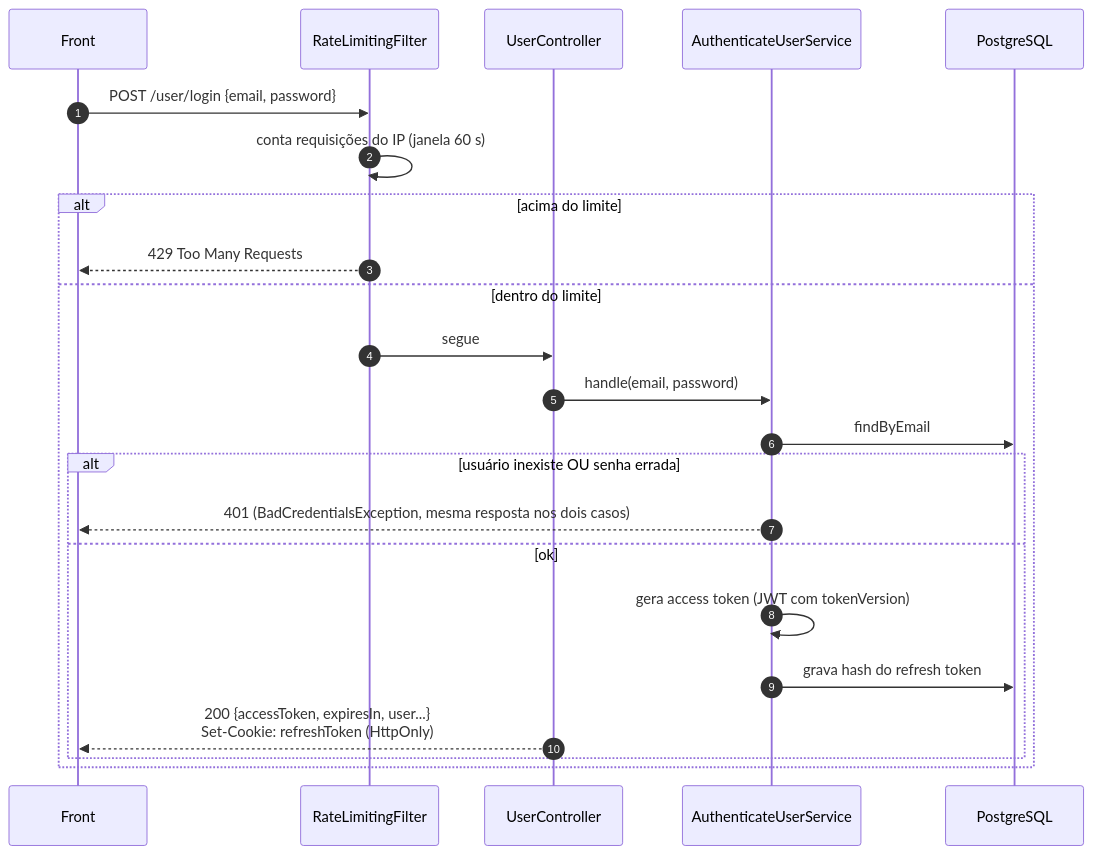
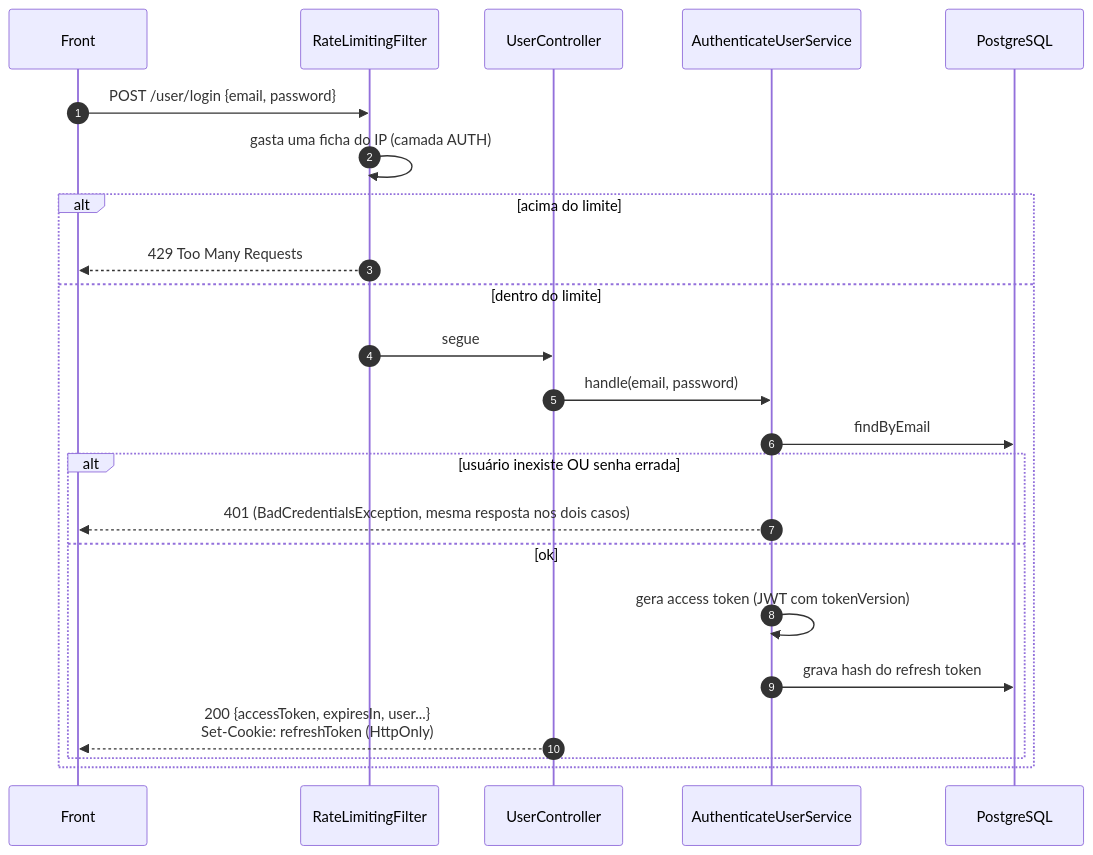
The first of 6 diagrams in docs/tecnico/autenticacao.md (projeto-resgate/projetoresgate-api), drawn with Mermaid before and after one commit. The commit also changed other lines of this file, not shown here.

````diff
--- a/docs/tecnico/autenticacao.md
+++ b/docs/tecnico/autenticacao.md
@@ -44,26 +44,26 @@
 ```mermaid
 sequenceDiagram
     autonumber
     participant F as Front
     participant RL as RateLimitingFilter
     participant API as UserController
     participant S as AuthenticateUserService
     participant DB as PostgreSQL
 
     F->>RL: POST /user/login {email, password}
-    RL->>RL: conta requisições do IP (janela 60 s)
+    RL->>RL: gasta uma ficha do IP (camada AUTH)
     alt acima do limite
         RL-->>F: 429 Too Many Requests
     else dentro do limite
         RL->>API: segue
         API->>S: handle(email, password)
         S->>DB: findByEmail
         alt usuário inexiste OU senha errada
             S-->>F: 401 (BadCredentialsException, mesma resposta nos dois casos)
         else ok
             S->>S: gera access token (JWT com tokenVersion)
             S->>DB: grava hash do refresh token
             API-->>F: 200 {accessToken, expiresIn, user...}<br/>Set-Cookie: refreshToken (HttpOnly)
         end
     end
 ```
````
